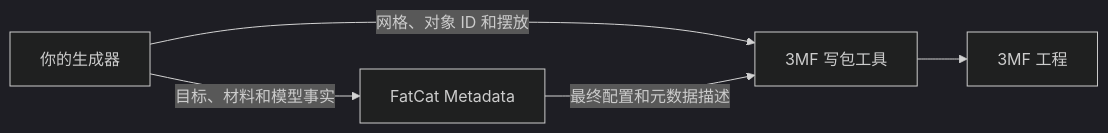
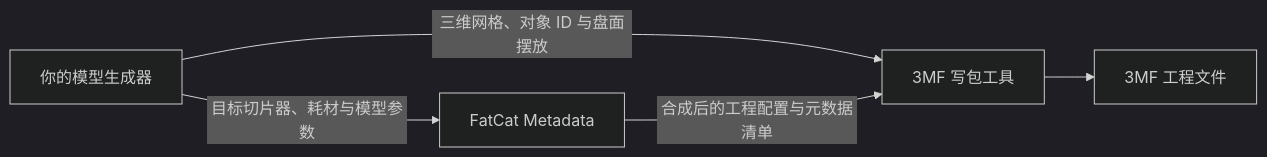
Before and after one commit to MOVIBALE/fatcat-metadata: the diagram in README_CN.md, drawn with Mermaid (dark theme). The commit also changed other lines of this file and 1 other file, not shown here.

````diff
--- a/README_CN.md
+++ b/README_CN.md
@@ -70,7 +25,7 @@
 ```mermaid
 flowchart LR
-    G[你的生成器] -->|目标、材料和模型事实| F[FatCat Metadata]
-    G -->|网格、对象 ID 和摆放| W[3MF 写包工具]
-    F -->|最终配置和元数据描述| W
-    W --> P[3MF 工程]
+    G["你的模型生成器"] -->|"目标切片器、耗材与模型参数"| F["FatCat Metadata"]
+    G -->|"三维网格、对象 ID 与盘面摆放"| W["3MF 写包工具"]
+    F -->|"合成后的工程配置与元数据清单"| W
+    W --> P["3MF 工程文件"]
 ```
````
